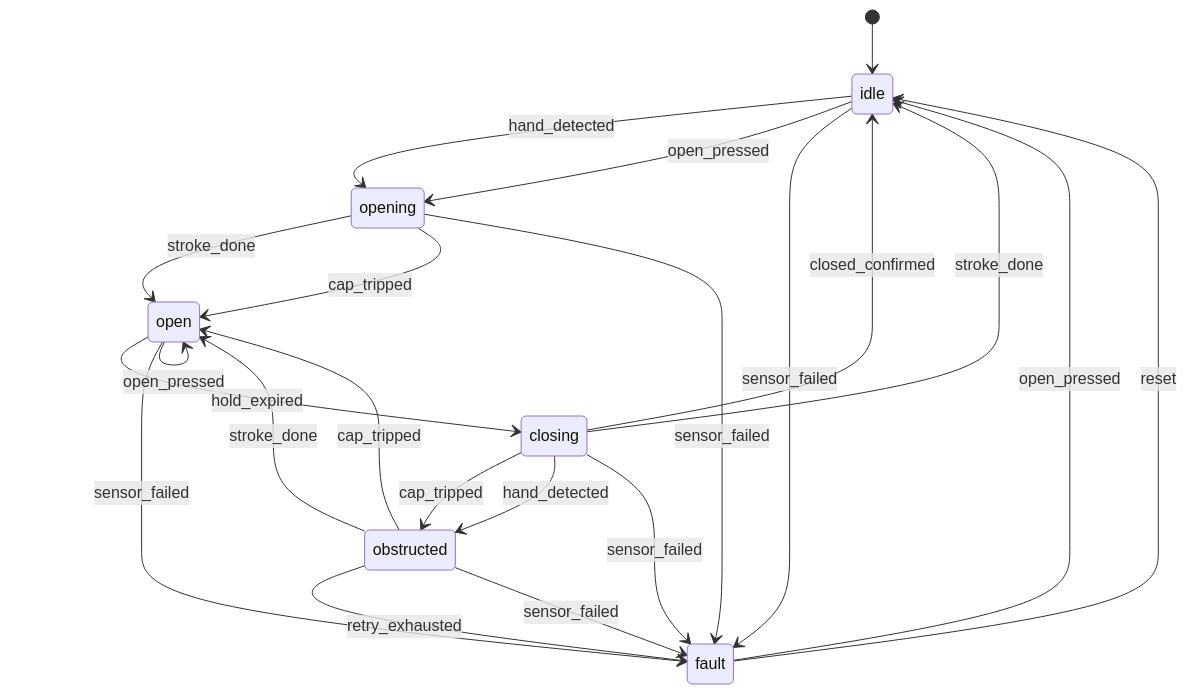
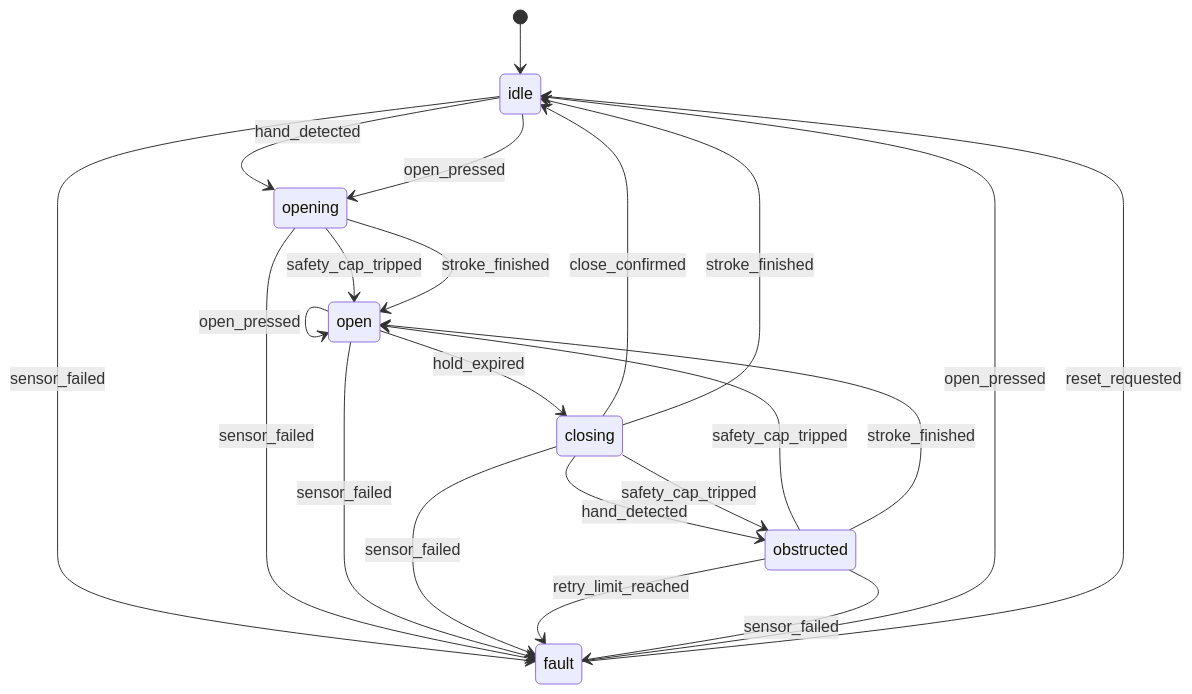
One commit to xmejkal/sisuo-brain-transplant changed the diagram in firmware/micropython/README.md. Above: the diagram before and after it, drawn with Mermaid. The commit also changed other lines of this file and 13 other files, not shown here.

````diff
--- a/firmware/micropython/README.md
+++ b/firmware/micropython/README.md
@@ -119,25 +119,25 @@
 ```mermaid
 stateDiagram-v2
     [*] --> idle
     idle --> opening: hand_detected
     idle --> opening: open_pressed
-    opening --> open: stroke_done
-    opening --> open: cap_tripped
+    idle --> fault: sensor_failed
+    opening --> open: safety_cap_tripped
+    opening --> fault: sensor_failed
+    opening --> open: stroke_finished
     open --> open: hand_detected
+    open --> closing: hold_expired
     open --> open: open_pressed
-    open --> closing: hold_expired
-    closing --> idle: closed_confirmed
-    closing --> idle: stroke_done
-    closing --> obstructed: cap_tripped
+    open --> fault: sensor_failed
+    closing --> idle: close_confirmed
     closing --> obstructed: hand_detected
-    obstructed --> open: stroke_done
-    obstructed --> open: cap_tripped
-    obstructed --> fault: retry_exhausted
-    idle --> fault: sensor_failed
-    opening --> fault: sensor_failed
-    open --> fault: sensor_failed
+    closing --> obstructed: safety_cap_tripped
     closing --> fault: sensor_failed
+    closing --> idle: stroke_finished
+    obstructed --> fault: retry_limit_reached
+    obstructed --> open: safety_cap_tripped
     obstructed --> fault: sensor_failed
+    obstructed --> open: stroke_finished
     fault --> idle: open_pressed
-    fault --> idle: reset
+    fault --> idle: reset_requested
 ```
````
